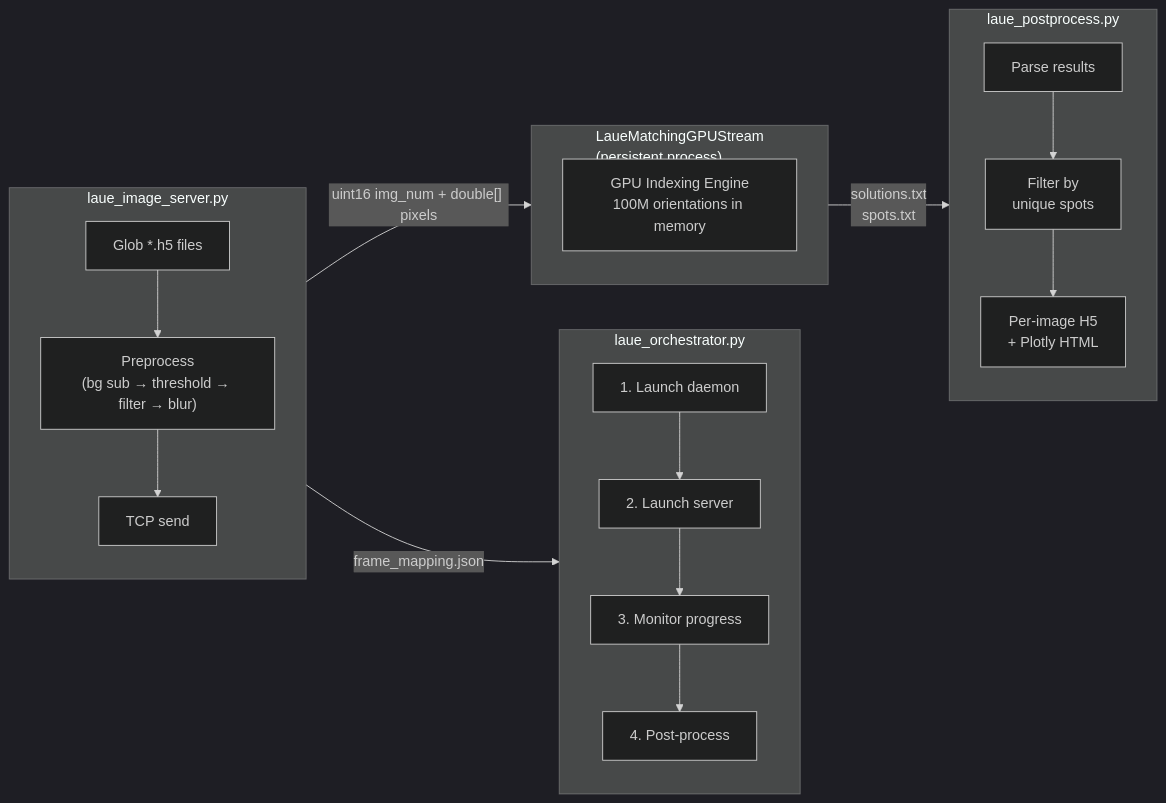
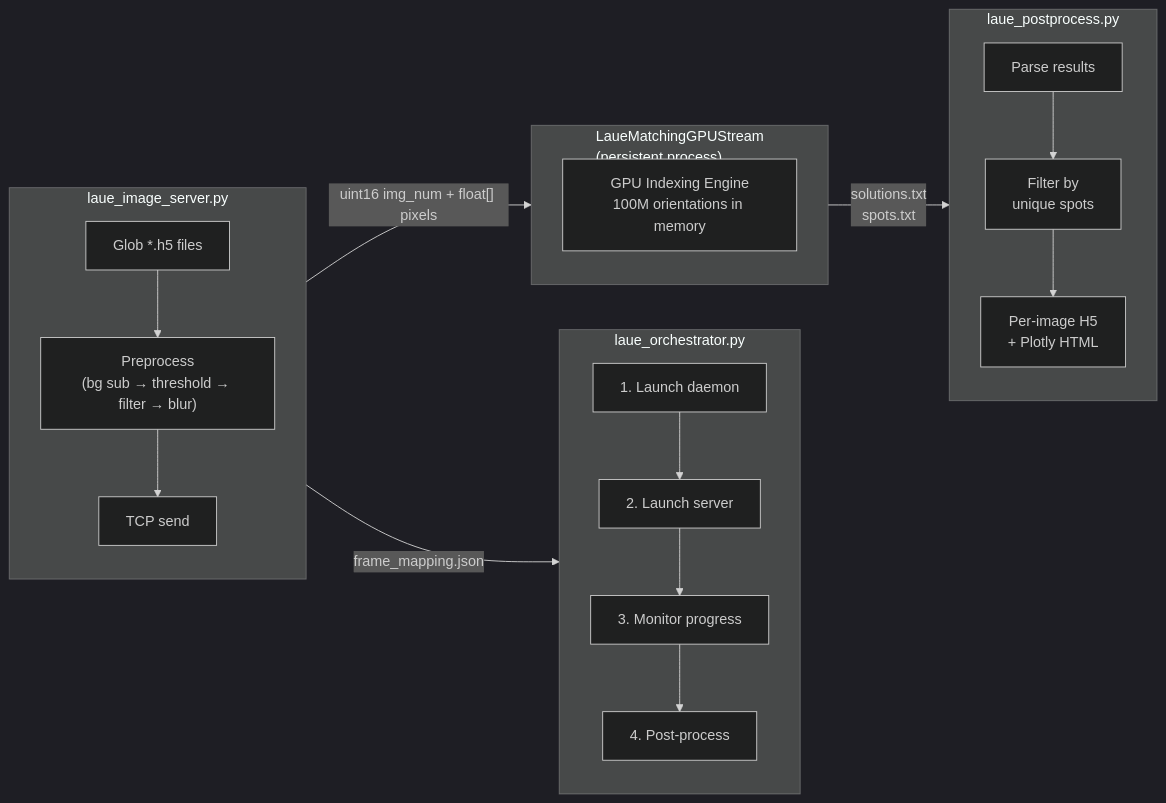
One commit to AdvancedPhotonSource/LaueMatching changed the second of 2 diagrams in README.md. Above: the diagram before and after it, drawn with Mermaid (dark theme). The commit also changed other lines of this file and 1 other file, not shown here.

Commit message:
docs: update READMEs for float32 wire protocol and pipelining

````diff
--- a/README.md
+++ b/README.md
@@ -71,29 +71,29 @@
 ```mermaid
 flowchart LR
     subgraph Orchestrator ["laue_orchestrator.py"]
         direction TB
         S1["1. Launch daemon"]
         S2["2. Launch server"]
         S3["3. Monitor progress"]
         S4["4. Post-process"]
         S1 --> S2 --> S3 --> S4
     end
 
     subgraph Daemon ["LaueMatchingGPUStream\n(persistent process)"]
         GPU["GPU Indexing Engine\n100M orientations in memory"]
     end
 
     subgraph Server ["laue_image_server.py"]
         direction TB
         H5["Glob *.h5 files"] --> Pre["Preprocess\n(bg sub → threshold → filter → blur)"] --> Send["TCP send"]
     end
 
     subgraph PostProc ["laue_postprocess.py"]
         direction TB
         Parse["Parse results"] --> Filter["Filter by\nunique spots"] --> Out["Per-image H5\n+ Plotly HTML"]
     end
 
-    Server -- "uint16 img_num + double[] pixels" --> Daemon
+    Server -- "uint16 img_num + float[] pixels" --> Daemon
     Daemon -- "solutions.txt\nspots.txt" --> PostProc
     Server -- "frame_mapping.json" --> Orchestrator
 ```
````
